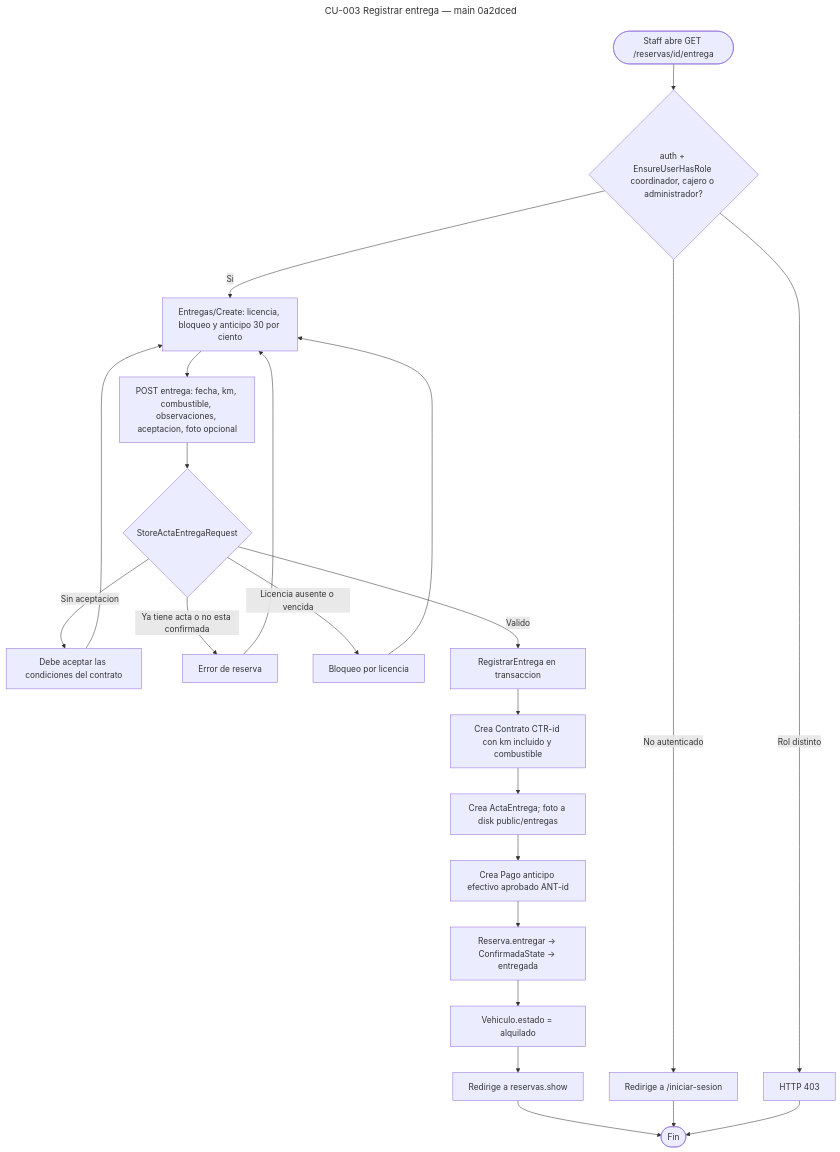
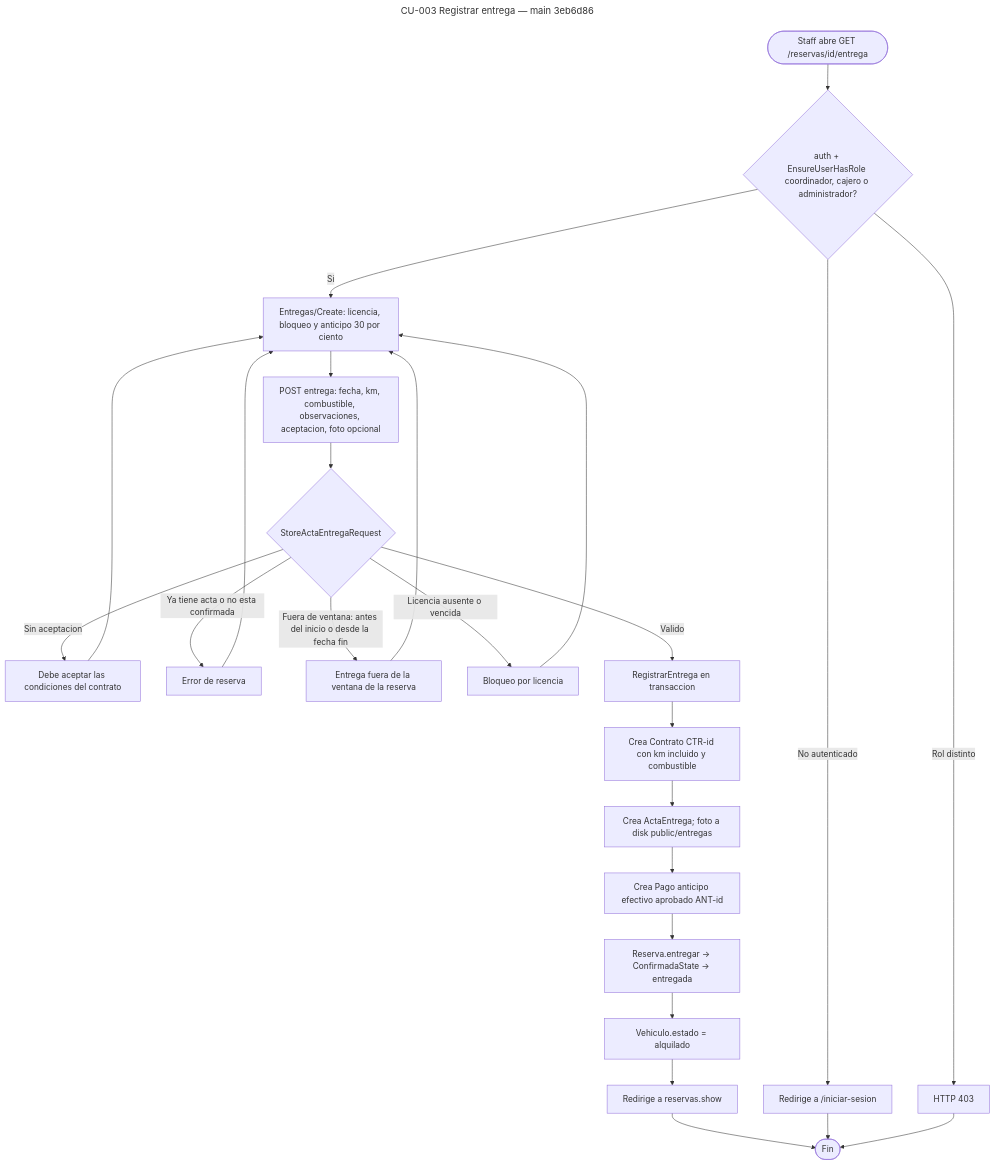
The diagram in docs/entrega-2/diagramas/actividad-cu003-registrar-entrega.mmd (molxno/renta-vehiculos), drawn with Mermaid before and after one commit. The commit also changed 8 other files, not shown here.

First line of the commit message:
Diagramas Entrega 2 (.mmd) (#65)

```diff
--- a/docs/entrega-2/diagramas/actividad-cu003-registrar-entrega.mmd
+++ b/docs/entrega-2/diagramas/actividad-cu003-registrar-entrega.mmd
@@ -1,26 +1,28 @@
 ---
-title: CU-003 Registrar entrega — main 0a2dced
+title: CU-003 Registrar entrega — main 3eb6d86
 ---
 flowchart TD
     start([Staff abre GET /reservas/id/entrega]) --> mw{auth + EnsureUserHasRole coordinador, cajero o administrador?}
     mw -->|No autenticado| login[Redirige a /iniciar-sesion]
     mw -->|Rol distinto| forbid[HTTP 403]
     mw -->|Si| pantalla[Entregas/Create: licencia, bloqueo y anticipo 30 por ciento]
     pantalla --> post[POST entrega: fecha, km, combustible, observaciones, aceptacion, foto opcional]
     post --> rules{StoreActaEntregaRequest}
     rules -->|Sin aceptacion| errAcepta[Debe aceptar las condiciones del contrato]
     errAcepta --> pantalla
     rules -->|Ya tiene acta o no esta confirmada| errEstado[Error de reserva]
     errEstado --> pantalla
+    rules -->|Fuera de ventana: antes del inicio o desde la fecha fin| errVent[Entrega fuera de la ventana de la reserva]
+    errVent --> pantalla
     rules -->|Licencia ausente o vencida| errLic[Bloqueo por licencia]
     errLic --> pantalla
     rules -->|Valido| action[RegistrarEntrega en transaccion]
     action --> contrato[Crea Contrato CTR-id con km incluido y combustible]
     contrato --> acta[Crea ActaEntrega; foto a disk public/entregas]
     acta --> anticipo[Crea Pago anticipo efectivo aprobado ANT-id]
     anticipo --> state[Reserva.entregar → ConfirmadaState → entregada]
     state --> veh[Vehiculo.estado = alquilado]
     veh --> show[Redirige a reservas.show]
     show --> fin([Fin])
     login --> fin
     forbid --> fin
```
